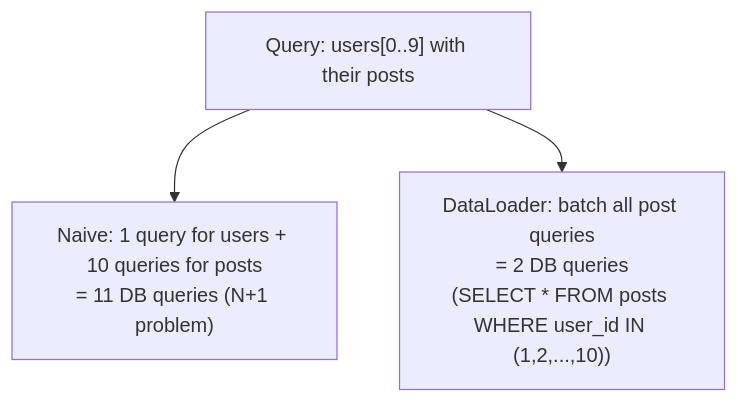
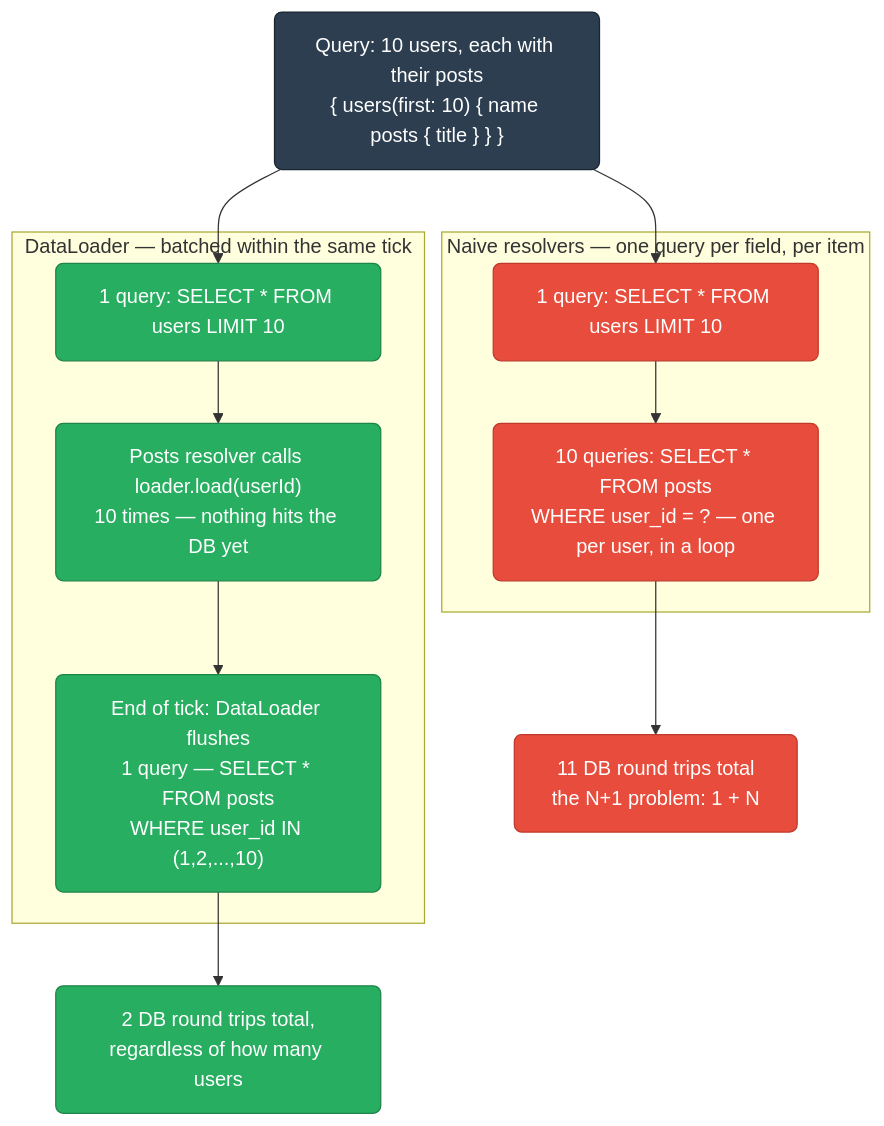
One commit to deepanshu-rawat6/DevOpsIndex changed the fifth of 5 diagrams in networking/grpc-graphql.md. Above: the diagram before and after it, drawn with Mermaid. The commit also changed other lines of this file and 8 other files, not shown here.

````diff
--- a/networking/grpc-graphql.md
+++ b/networking/grpc-graphql.md
@@ -267,5 +440,25 @@
 ```mermaid
 graph TD
-    Q["Query: users[0..9] with their posts"] --> NAIVE["Naive: 1 query for users + 10 queries for posts<br>= 11 DB queries (N+1 problem)"]
-    Q --> LOADER["DataLoader: batch all post queries<br>= 2 DB queries<br>(SELECT * FROM posts WHERE user_id IN (1,2,...,10))"]
+    classDef query fill:#2c3e50,stroke:#1a252f,color:#fff,rx:6
+    classDef bad fill:#e74c3c,stroke:#c0392b,color:#fff,rx:6
+    classDef good fill:#27ae60,stroke:#1e8449,color:#fff,rx:6
+
+    Q["Query: 10 users, each with their posts<br/>{ users(first: 10) { name posts { title } } }"]:::query
+
+    subgraph NAIVEPATH["Naive resolvers — one query per field, per item"]
+        N1["1 query: SELECT * FROM users LIMIT 10"]:::bad
+        N2["10 queries: SELECT * FROM posts<br/>WHERE user_id = ? — one per user, in a loop"]:::bad
+        N1 --> N2
+    end
+    Q --> N1
+    N2 --> NRESULT["11 DB round trips total<br/>the N+1 problem: 1 + N"]:::bad
+
+    subgraph LOADERPATH["DataLoader — batched within the same tick"]
+        L1["1 query: SELECT * FROM users LIMIT 10"]:::good
+        L2["Posts resolver calls loader.load(userId)<br/>10 times — nothing hits the DB yet"]:::good
+        L3["End of tick: DataLoader flushes<br/>1 query — SELECT * FROM posts<br/>WHERE user_id IN (1,2,...,10)"]:::good
+        L1 --> L2 --> L3
+    end
+    Q --> L1
+    L3 --> LRESULT["2 DB round trips total,<br/>regardless of how many users"]:::good
 ```
````
